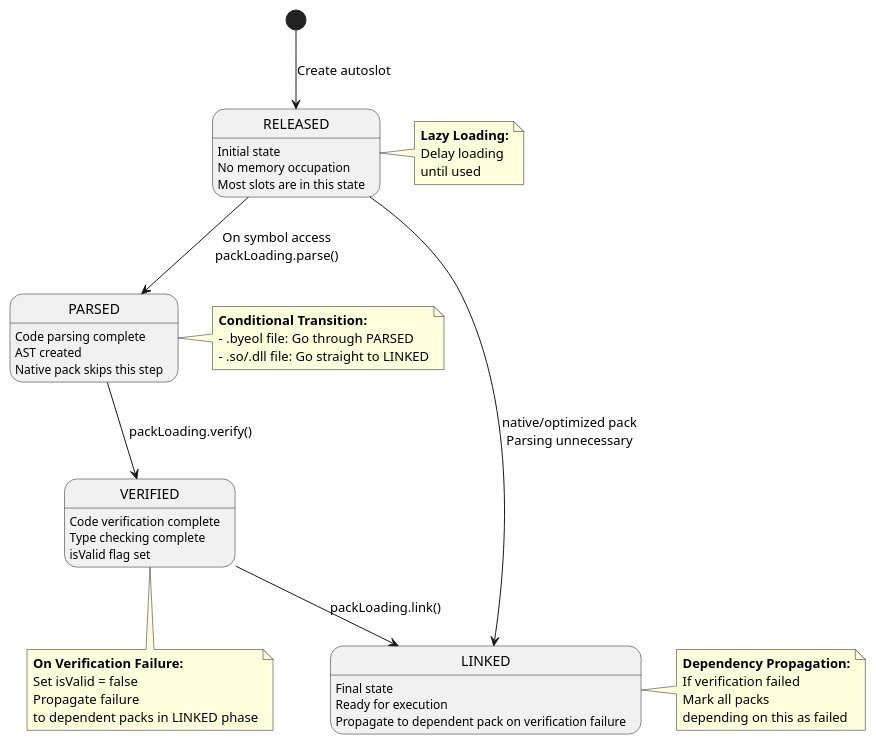
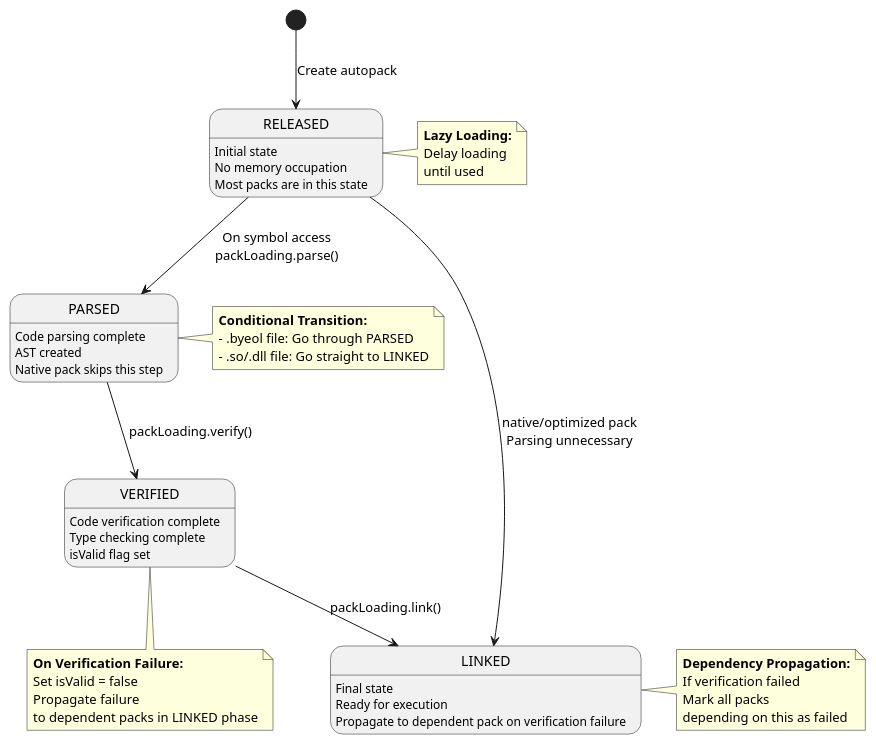
One commit to byeolang/byeol changed diagram 14 of 19 in doc/ref/ko/ak-architecture-core.md. Above: the diagram before and after it, drawn with PlantUML. The commit also changed other lines of this file and 5 other files, not shown here.

```diff
--- a/doc/ref/ko/ak-architecture-core.md
+++ b/doc/ref/ko/ak-architecture-core.md
@@ -3017,61 +3017,61 @@
 @startuml
-[*] --> RELEASED : Create autoslot
+[*] --> RELEASED : Create autopack
 
 state RELEASED {
     RELEASED : Initial state
     RELEASED : No memory occupation
-    RELEASED : Most slots are in this state
+    RELEASED : Most packs are in this state
 }
 
 state PARSED {
     PARSED : Code parsing complete
     PARSED : AST created
     PARSED : Native pack skips this step
 }
 
 state VERIFIED {
     VERIFIED : Code verification complete
     VERIFIED : Type checking complete
     VERIFIED : isValid flag set
 }
 
 state LINKED {
     LINKED : Final state
     LINKED : Ready for execution
     LINKED : Propagate to dependent pack on verification failure
 }
 
 RELEASED --> PARSED : On symbol access\npackLoading.parse()
 RELEASED --> LINKED : native/optimized pack\nParsing unnecessary
 
 PARSED --> VERIFIED : packLoading.verify()
 
 VERIFIED --> LINKED : packLoading.link()
 
 note right of RELEASED
   <b>Lazy Loading:</b>
   Delay loading
   until used
 end note
 
 note right of PARSED
   <b>Conditional Transition:</b>
   - .byeol file: Go through PARSED
   - .so/.dll file: Go straight to LINKED
 end note
 
 note bottom of VERIFIED
   <b>On Verification Failure:</b>
   Set isValid = false
   Propagate failure
   to dependent packs in LINKED phase
 end note
 
 note right of LINKED
   <b>Dependency Propagation:</b>
   If verification failed
   Mark all packs
   depending on this as failed
 end note
 
 @enduml
```
